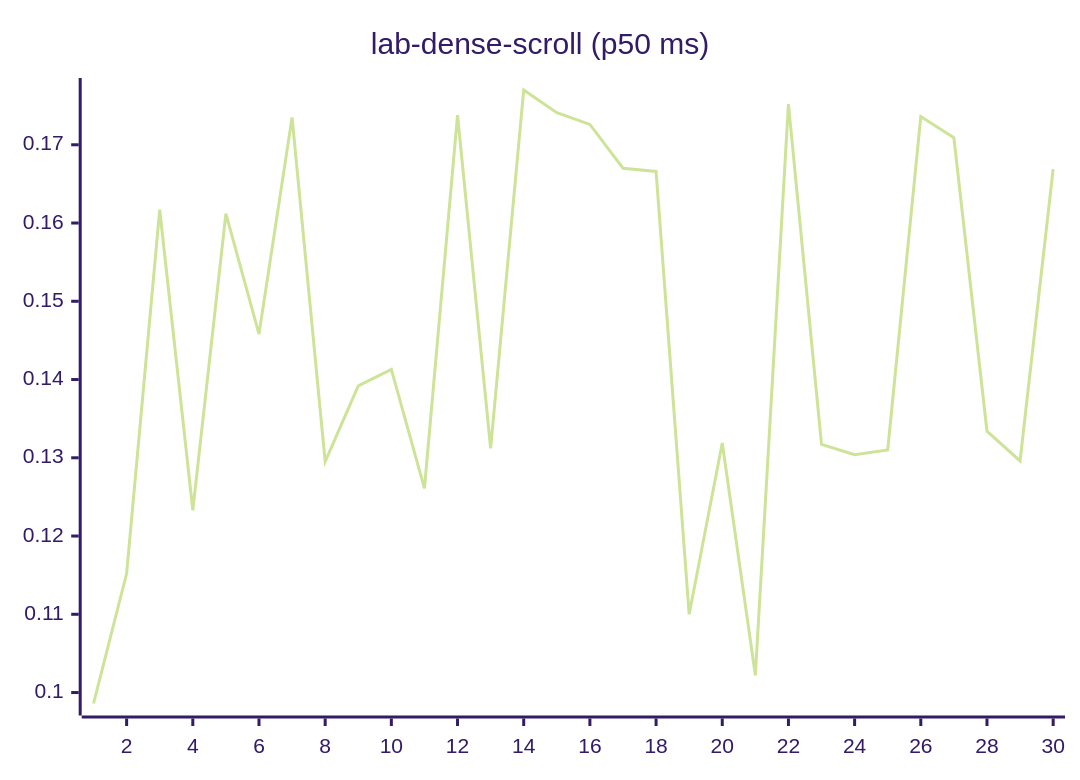
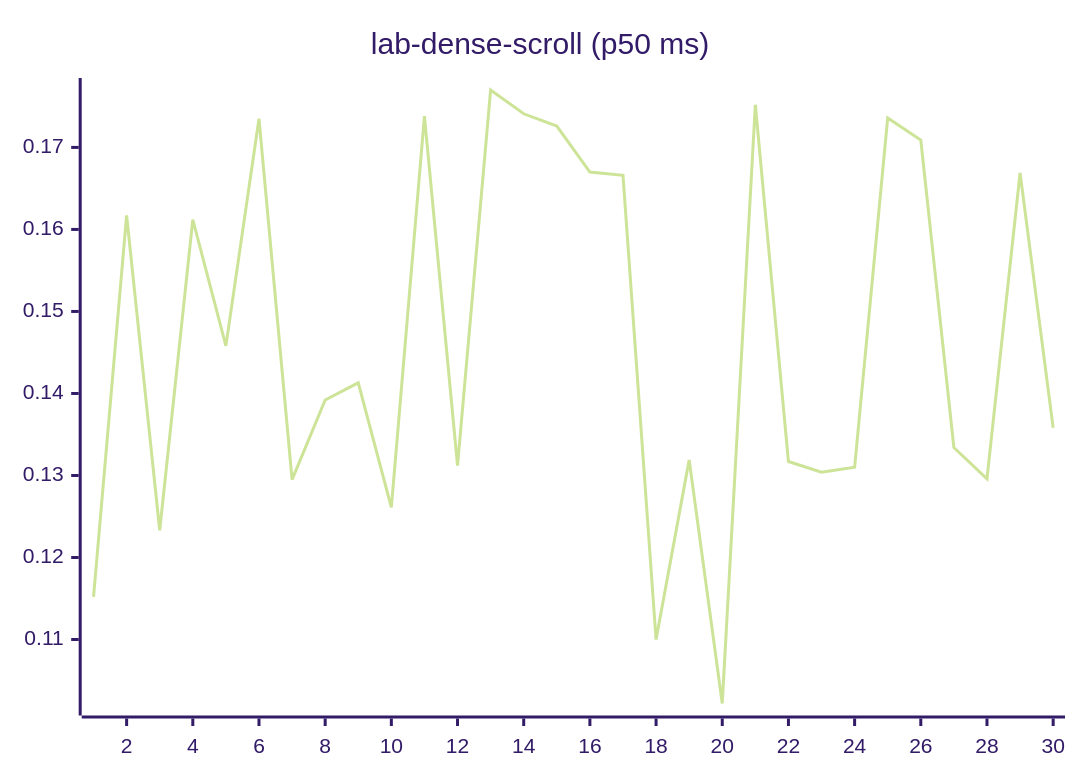
Diagram 12 of 27 in README.md (josha/Facet), drawn with Mermaid (forest theme) before and after one commit. The commit also changed other lines of this file and 2 other files, not shown here.

````diff
--- a/README.md
+++ b/README.md
@@ -140,6 +140,6 @@
 ```mermaid
 xychart-beta
     title "lab-dense-scroll (p50 ms)"
     x-axis 1 --> 30
-    line [0.0986, 0.1152, 0.1617, 0.1233, 0.1612, 0.1458, 0.1735, 0.1295, 0.1392, 0.1413, 0.1261, 0.1738, 0.1312, 0.1770, 0.1741, 0.1726, 0.1670, 0.1666, 0.1100, 0.1319, 0.1022, 0.1752, 0.1317, 0.1304, 0.1310, 0.1736, 0.1709, 0.1334, 0.1296, 0.1669]
+    line [0.1152, 0.1617, 0.1233, 0.1612, 0.1458, 0.1735, 0.1295, 0.1392, 0.1413, 0.1261, 0.1738, 0.1312, 0.1770, 0.1741, 0.1726, 0.1670, 0.1666, 0.1100, 0.1319, 0.1022, 0.1752, 0.1317, 0.1304, 0.1310, 0.1736, 0.1709, 0.1334, 0.1296, 0.1669, 0.1358]
 ```
````
